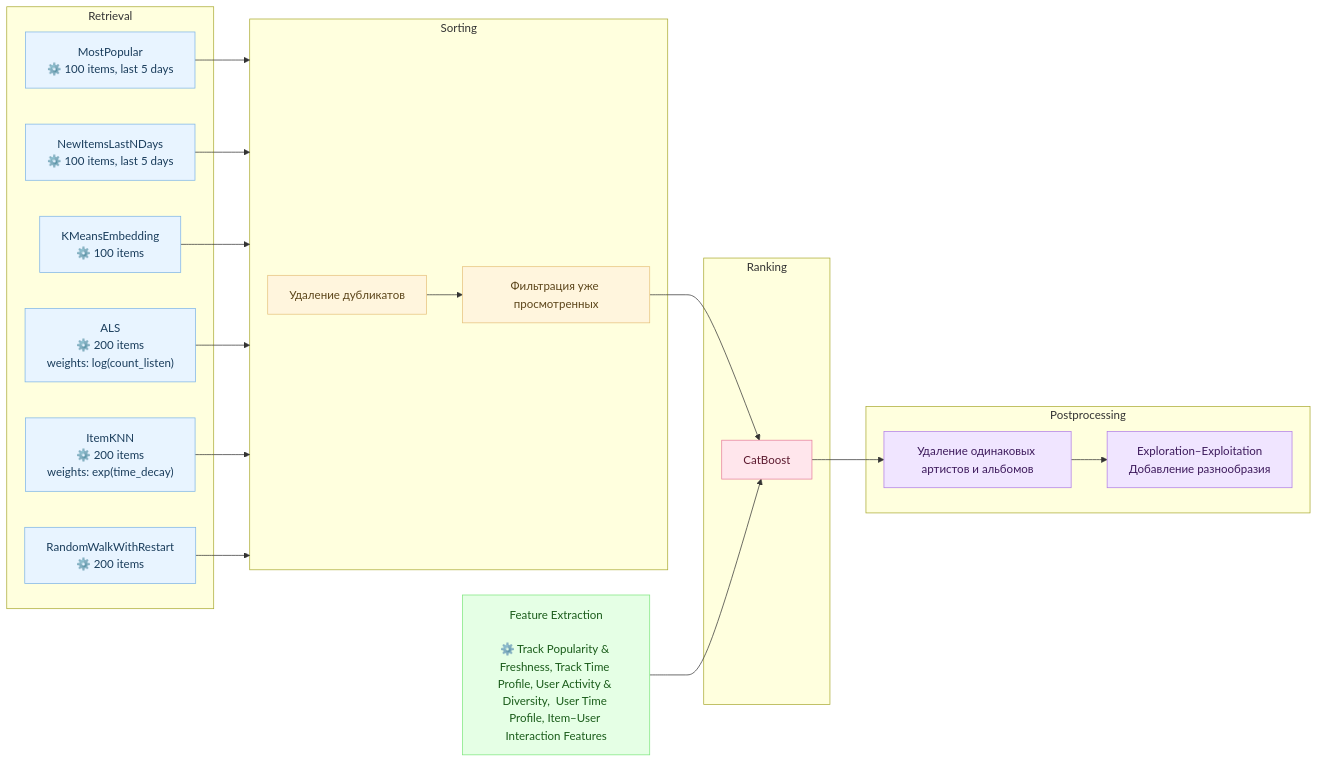
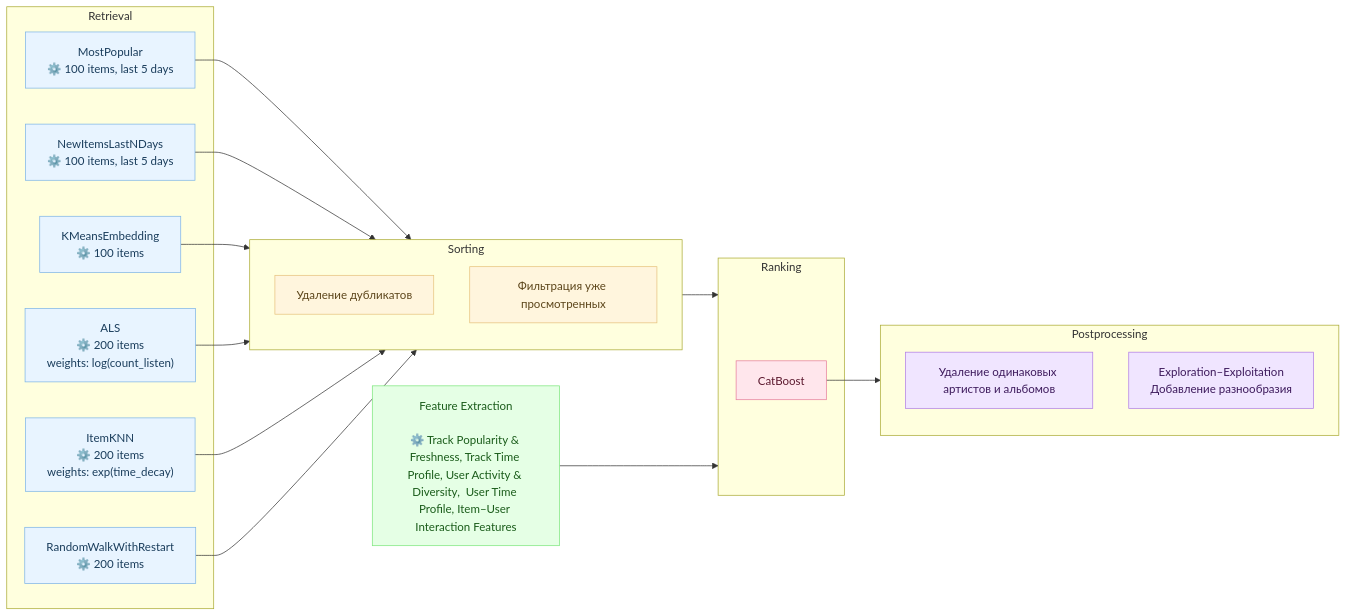
Before and after one commit to Nastasy822/music-recommendation-experiments: the second of 2 diagrams in README.md, drawn with Mermaid.

Commit message:
docs(readme): update diagram

````diff
--- a/README.md
+++ b/README.md
@@ -180,61 +180,59 @@
 ```mermaid
 flowchart LR
 
     %% === Retrieval Models ===
     subgraph RETRIEVAL ["Retrieval"]
         PopAll["MostPopular<br/>⚙️ 100 items, last 5 days"]
         PopUser["NewItemsLastNDays<br/>⚙️ 100 items, last 5 days"]
         SIM["KMeansEmbedding<br/>⚙️ 100 items"]
         ITEMKNN["ItemKNN<br/>⚙️ 200 items<br/>weights: exp(time_decay)"]
         GRAPH["RandomWalkWithRestart<br/>⚙️ 200 items"]
         ALS["ALS<br/>⚙️ 200 items<br/>weights: log(count_listen)"]
     end
 
     %% === Sorting Stage ===
     subgraph SORTING ["Sorting"]
         DUBLICATE["Удаление дубликатов"]
         FILTER["Фильтрация уже просмотренных"]
     end
 
     %% === Ranking Stage ===
     subgraph RANKING ["Ranking"]
         RANK["CatBoost"]
     end
 
     %% === Postprocessing Stage ===
     subgraph POSTPROCESS ["Postprocessing"]
         ARTIST_FILTER["Удаление одинаковых артистов и альбомов"]
         EXPLORATION["Exploration–Exploitation<br/>Добавление разнообразия"]
     end
 
     %% === Feature Extraction ===
     FEATS["Feature Extraction<br><br>⚙️ Track Popularity & Freshness, Track Time Profile, User Activity & Diversity,  User Time Profile, Item–User Interaction Features"]
 
     %% === Data Flows ===
     PopAll --> SORTING
     PopUser --> SORTING
     SIM --> SORTING
     ALS --> SORTING
     ITEMKNN --> SORTING
     GRAPH --> SORTING
 
-    DUBLICATE --> FILTER
-    FILTER --> RANK
-    FEATS --> RANK
+    SORTING --> RANKING
+    FEATS --> RANKING
 
-    RANK --> ARTIST_FILTER
-    ARTIST_FILTER --> EXPLORATION
+    RANK --> POSTPROCESS
 
     %% === Styles ===
     classDef retrieval fill:#e8f4ff,stroke:#7db4e6,color:#1a3d5c;
     classDef sorting fill:#fff5dd,stroke:#e6c27d,color:#5c451a;
     classDef ranking fill:#ffe6ec,stroke:#e67d9c,color:#5c1a2f;
     classDef postprocess fill:#f0e5ff,stroke:#b07de6,color:#3d1a5c;
     classDef features fill:#e5ffe5,stroke:#7de67d,color:#1a5c1a;
 
     class PopAll,PopUser,SIM,ALS,ITEMKNN,GRAPH retrieval;
     class FILTER,DUBLICATE sorting;
     class RANK ranking;
     class ARTIST_FILTER,EXPLORATION postprocess;
     class FEATS features;
 ```
````
